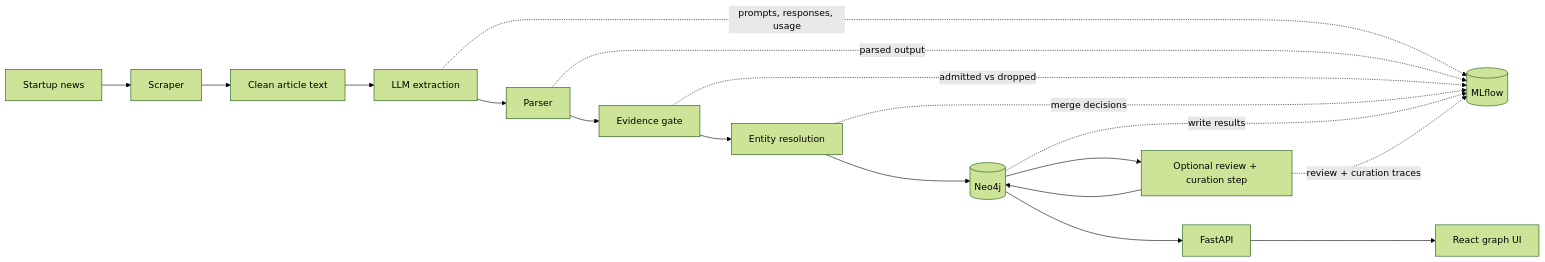
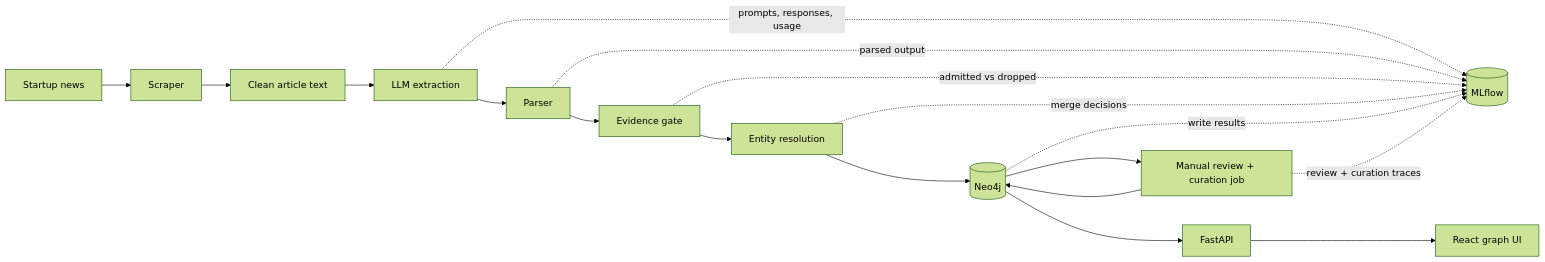
Before and after one commit to chenkel-data/Startup-Radar: the first of 5 diagrams in README.md, drawn with Mermaid (forest theme). The commit also changed other lines of this file and 17 other files, not shown here.

Commit message:
feat(curation): add manual entity profile curation workflow

````diff
--- a/README.md
+++ b/README.md
@@ -12,21 +12,21 @@
 ```mermaid
 flowchart LR
   News[Startup news] --> Scraper[Scraper]
   Scraper --> Articles[Clean article text]
   Articles --> LLM[LLM extraction]
   LLM --> Parser[Parser]
   Parser --> Gate[Evidence gate]
   Gate --> Resolver[Entity resolution]
   Resolver --> Graph[(Neo4j)]
-  Graph --> DescriptionCheck[Optional review + curation step]
+  Graph --> DescriptionCheck[Manual review + curation job]
   DescriptionCheck --> Graph
   Graph --> API[FastAPI]
   API --> UI[React graph UI]
 
   LLM -. prompts, responses, usage .-> MLflow[(MLflow)]
   Parser -. parsed output .-> MLflow
   Gate -. admitted vs dropped .-> MLflow
   Resolver -. merge decisions .-> MLflow
   Graph -. write results .-> MLflow
   DescriptionCheck -. review + curation traces .-> MLflow
 ```
````
